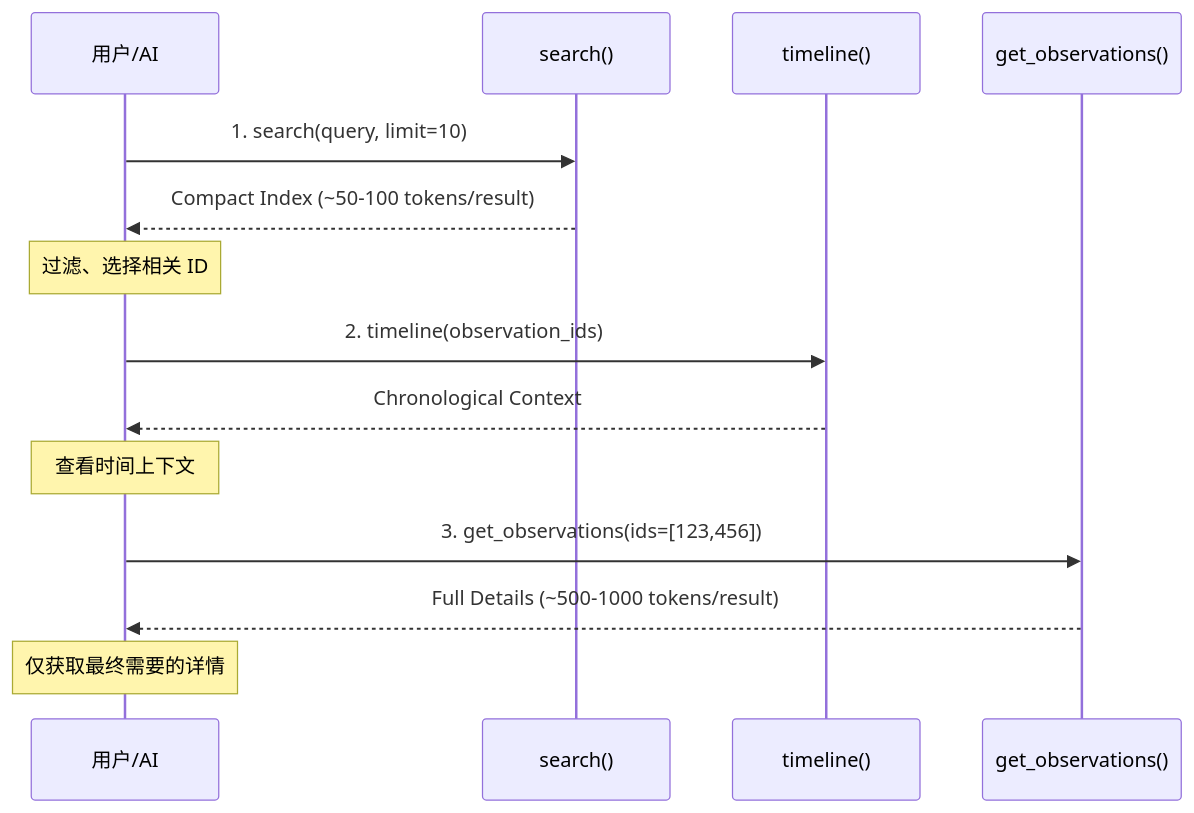
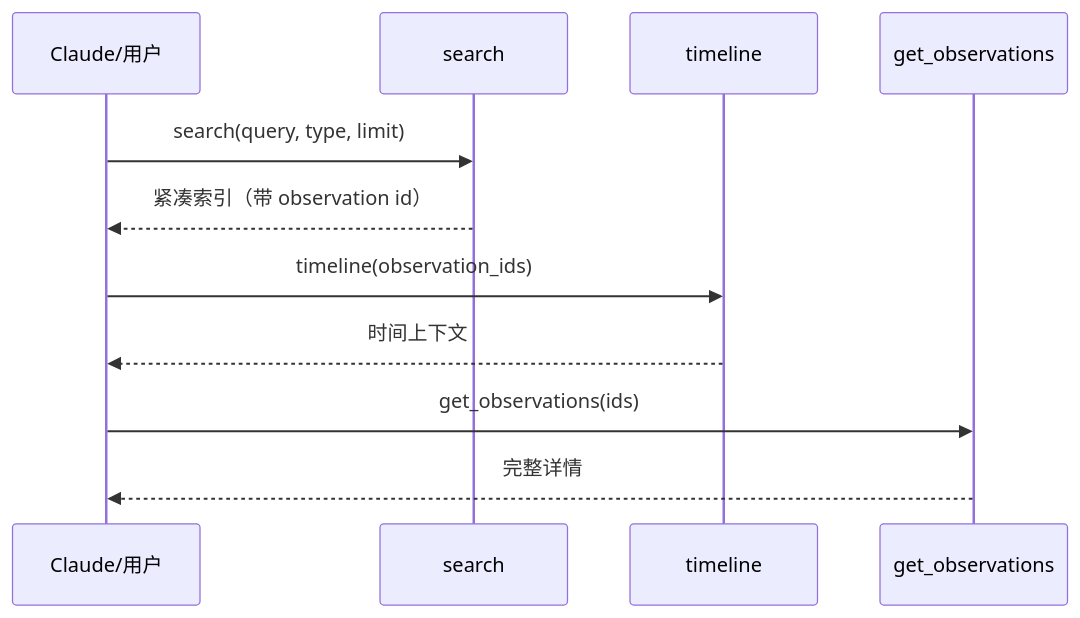
The second of 2 diagrams in content/posts/tech/claude-mem-persistent-memory-65k-stars.md (A1pha3/text-matrix), drawn with Mermaid before and after one commit. The commit also changed other lines of this file and 15 other files, not shown here.

````diff
--- a/content/posts/tech/claude-mem-persistent-memory-65k-stars.md
+++ b/content/posts/tech/claude-mem-persistent-memory-65k-stars.md
@@ -163,19 +104,13 @@
 ```mermaid
 sequenceDiagram
- participant User as 用户/AI
- participant Search as search()
- participant Timeline as timeline()
- participant GetObs as get_observations()
-
- User->>Search: 1. search(query, limit=10)
- Search-->>User: Compact Index (~50-100 tokens/result)
- Note over User: 过滤、选择相关 ID
-
- User->>Timeline: 2. timeline(observation_ids)
- Timeline-->>User: Chronological Context
- Note over User: 查看时间上下文
-
- User->>GetObs: 3. get_observations(ids=[123,456])
- GetObs-->>User: Full Details (~500-1000 tokens/result)
- Note over User: 仅获取最终需要的详情
+  participant U as Claude/用户
+  participant S as search
+  participant T as timeline
+  participant G as get_observations
+  U->>S: search(query, type, limit)
+  S-->>U: 紧凑索引（带 observation id）
+  U->>T: timeline(observation_ids)
+  T-->>U: 时间上下文
+  U->>G: get_observations(ids)
+  G-->>U: 完整详情
 ```
````
